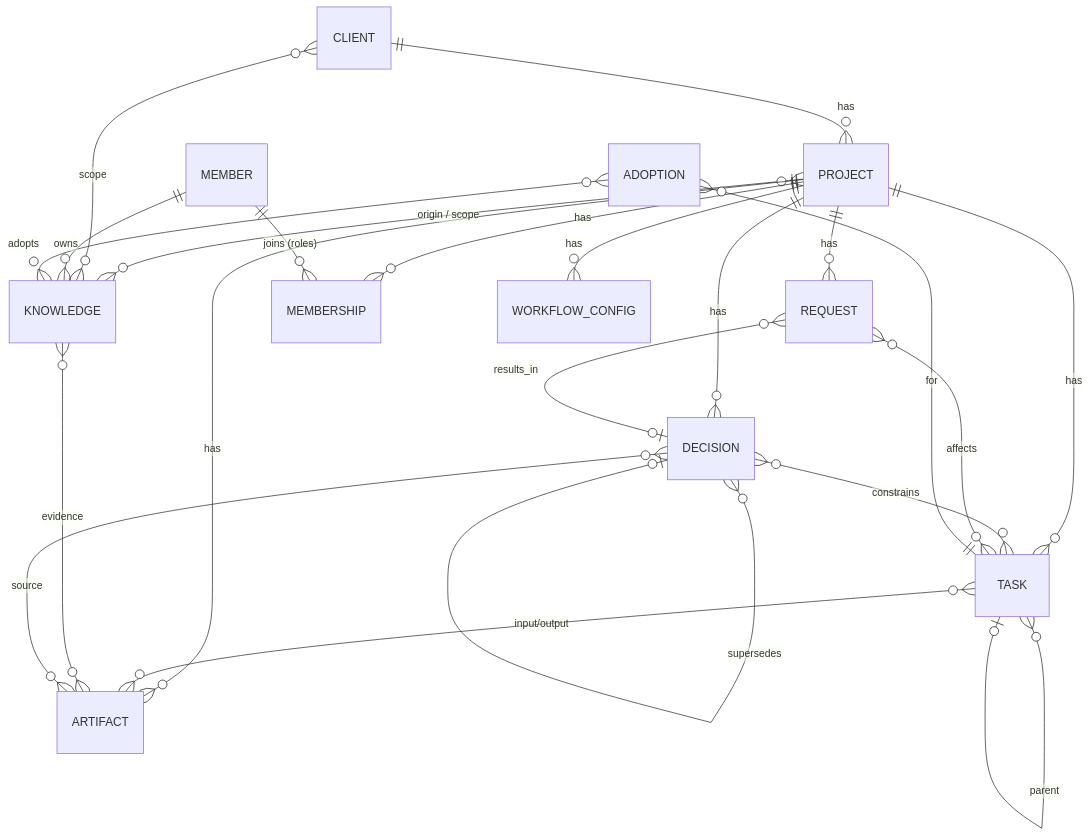
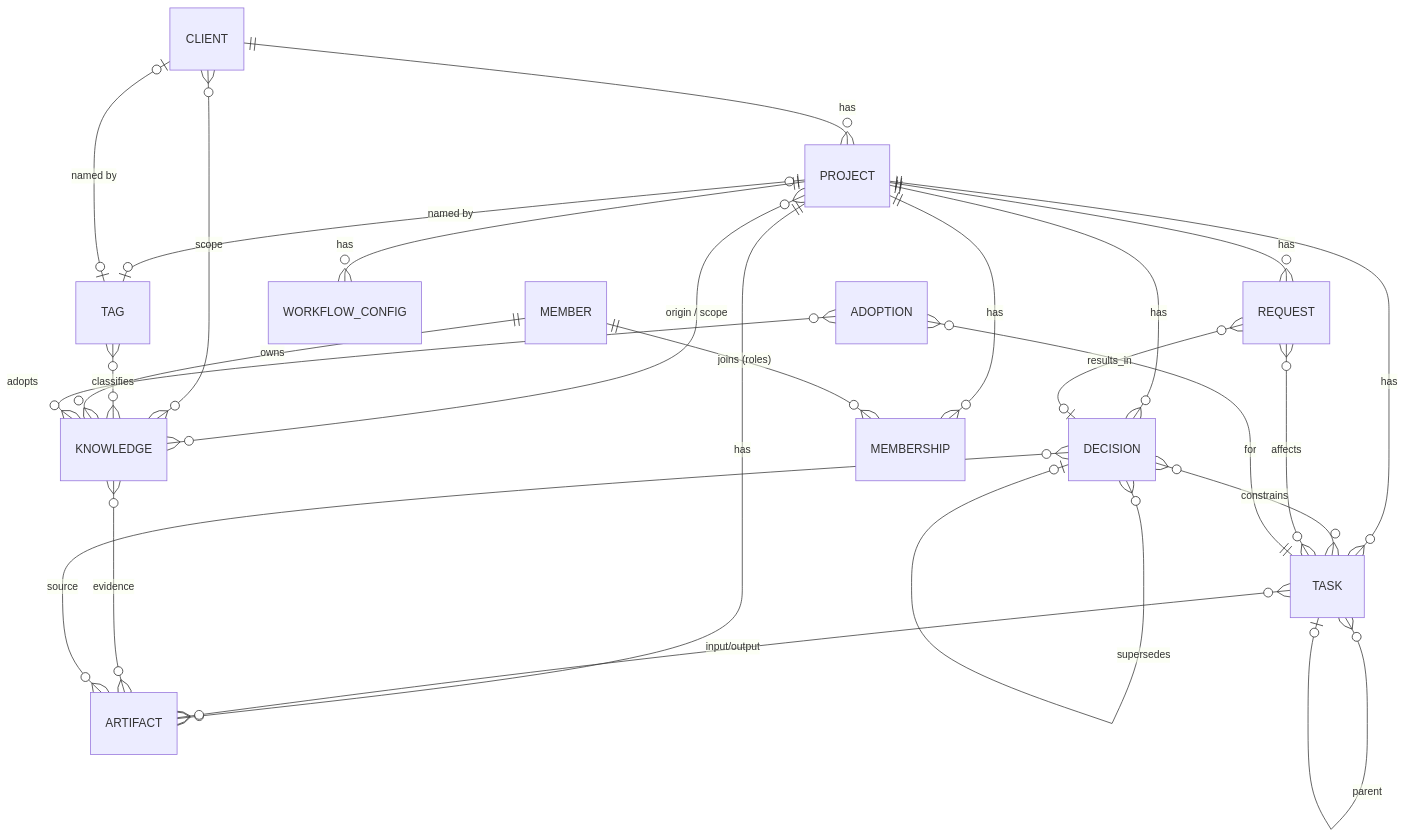
Before and after one commit to TomokiIshimine/act-teamwork: the second of 3 diagrams in docs/requirements.md, drawn with Mermaid. The commit also changed other lines of this file, not shown here.

````diff
--- a/docs/requirements.md
+++ b/docs/requirements.md
@@ -335,24 +336,27 @@
 ```mermaid
 erDiagram
     PROJECT ||--o{ DECISION : has
     PROJECT ||--o{ TASK : has
     CLIENT ||--o{ PROJECT : has
     PROJECT }o--o{ KNOWLEDGE : "origin / scope"
     CLIENT }o--o{ KNOWLEDGE : scope
+    TAG }o--o{ KNOWLEDGE : classifies
+    PROJECT |o--o| TAG : "named by"
+    CLIENT |o--o| TAG : "named by"
     PROJECT ||--o{ ARTIFACT : has
     PROJECT ||--o{ REQUEST : has
     PROJECT ||--o{ MEMBERSHIP : has
     PROJECT ||--o{ WORKFLOW_CONFIG : has
     MEMBER ||--o{ MEMBERSHIP : "joins (roles)"
     MEMBER ||--o{ KNOWLEDGE : owns
     DECISION }o--o{ TASK : constrains
     DECISION }o--o| DECISION : supersedes
     TASK }o--o| TASK : parent
     TASK }o--o{ ARTIFACT : "input/output"
     KNOWLEDGE }o--o{ ARTIFACT : evidence
     DECISION }o--o{ ARTIFACT : source
     REQUEST }o--o{ TASK : affects
     REQUEST }o--o| DECISION : results_in
     ADOPTION }o--|| TASK : for
     ADOPTION }o--o{ KNOWLEDGE : adopts
 ```
````
